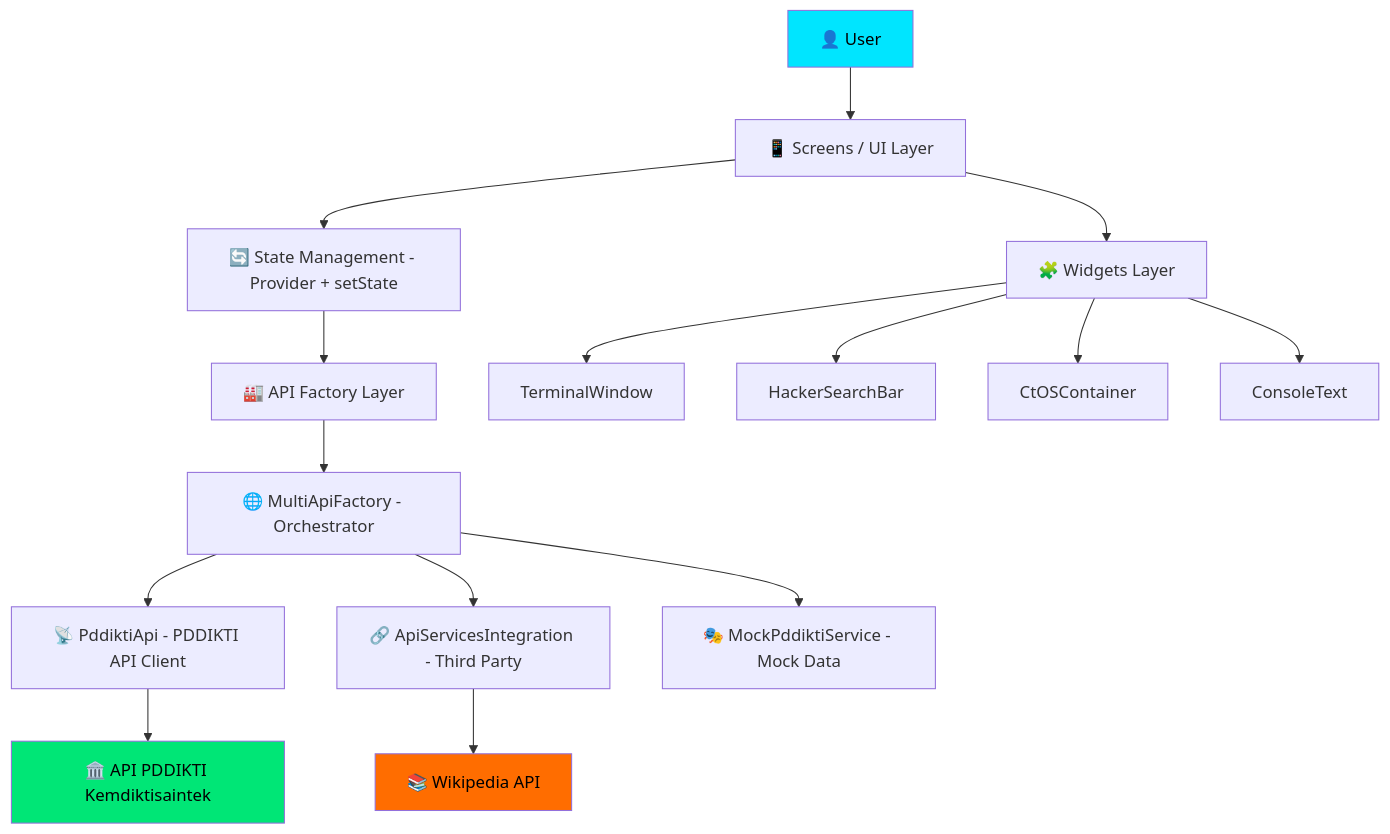
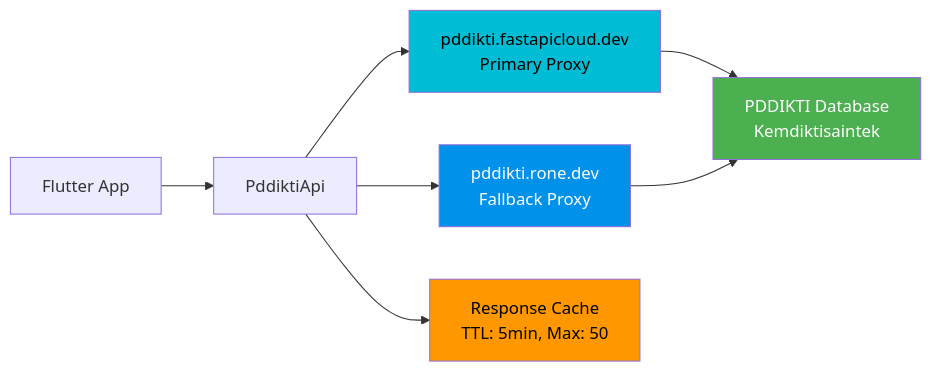
One commit to el-pablos/DB-Cracker changed the second of 3 diagrams in README.md. Above: the diagram before and after it, drawn with Mermaid. The commit also changed other lines of this file, not shown here.

Commit message:
docs: redesign readme.md lengkap dengan arsitektur, diagram, badges, dan screenshots

````diff
--- a/README.md
+++ b/README.md
@@ -42,22 +138,16 @@
 ```mermaid
-graph TD
-    A[👤 User] --> B[📱 Screens / UI Layer]
-    B --> C[🔄 State Management - Provider + setState]
-    C --> D[🏭 API Factory Layer]
-    D --> E[🌐 MultiApiFactory - Orchestrator]
-    E --> F[📡 PddiktiApi - PDDIKTI API Client]
-    E --> G[🔗 ApiServicesIntegration - Third Party]
-    E --> H[🎭 MockPddiktiService - Mock Data]
-    F --> I[🏛️ API PDDIKTI Kemdiktisaintek]
-    G --> J[📚 Wikipedia API]
+graph LR
+    A[Flutter App] --> B[PddiktiApi]
+    B --> C[pddikti.fastapicloud.dev<br/>Primary Proxy]
+    B --> D[pddikti.rone.dev<br/>Fallback Proxy]
     
-    B --> K[🧩 Widgets Layer]
-    K --> L[TerminalWindow]
-    K --> M[HackerSearchBar]
-    K --> N[CtOSContainer]
-    K --> O[ConsoleText]
+    C --> E[PDDIKTI Database<br/>Kemdiktisaintek]
+    D --> E
     
-    style A fill:#00E5FF,color:#000
-    style I fill:#00E676,color:#000
-    style J fill:#FF6D00,color:#000
+    B --> F[Response Cache<br/>TTL: 5min, Max: 50]
+    
+    style C fill:#00BCD4,color:#000
+    style D fill:#0091EA,color:#fff
+    style E fill:#4CAF50,color:#fff
+    style F fill:#FF9800,color:#000
 ```
````
